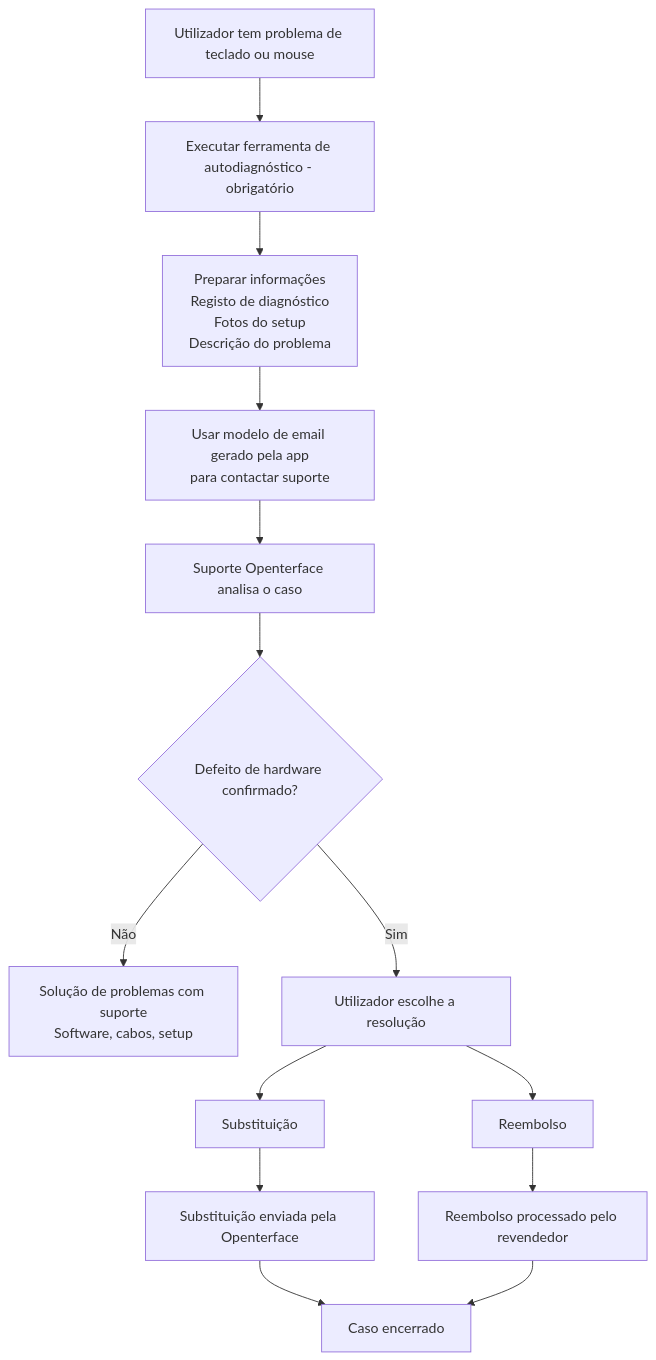
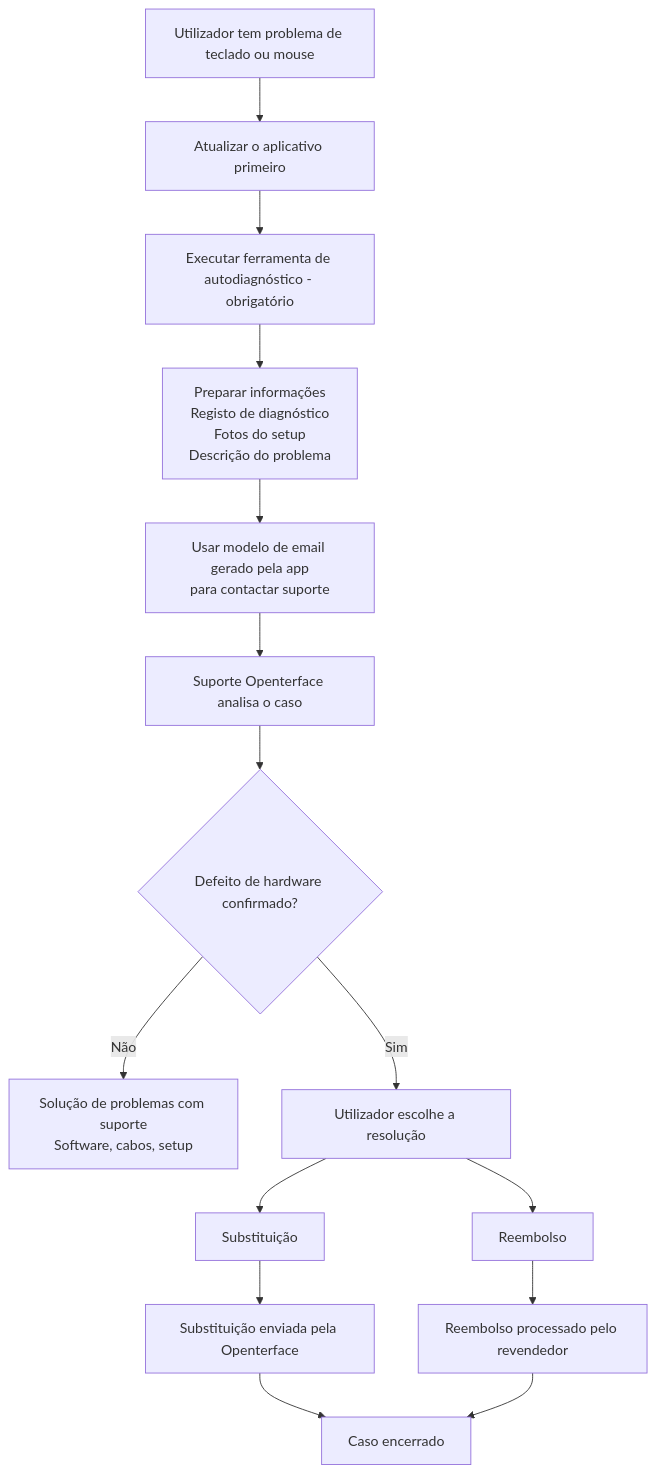
One commit to TechxArtisanStudio/Openterface changed the diagram in docs/product/minikvm/support/mini-kvm-troubleshooting-and-support.pt.md. Above: the diagram before and after it, drawn with Mermaid. The commit also changed other lines of this file and 29 other files, not shown here.

````diff
--- a/docs/product/minikvm/support/mini-kvm-troubleshooting-and-support.pt.md
+++ b/docs/product/minikvm/support/mini-kvm-troubleshooting-and-support.pt.md
@@ -39,21 +39,22 @@
 ```mermaid
 flowchart TD
-    U[Utilizador tem problema de teclado ou mouse] --> D[Executar ferramenta de autodiagnóstico - obrigatório]
+    U[Utilizador tem problema de teclado ou mouse] --> A[Atualizar o aplicativo primeiro]
+    A --> D[Executar ferramenta de autodiagnóstico - obrigatório]
 
     D --> P[Preparar informações<br/>Registo de diagnóstico<br/>Fotos do setup<br/>Descrição do problema]
 
     P --> E[Usar modelo de email gerado pela app<br/>para contactar suporte]
 
     E --> S[Suporte Openterface analisa o caso]
 
     S --> R{Defeito de hardware confirmado?}
 
     R -- Não --> F[Solução de problemas com suporte<br/>Software, cabos, setup]
     R -- Sim --> C[Utilizador escolhe a resolução]
 
     C --> Substituição --> REP[Substituição enviada pela Openterface]
     C --> Reembolso --> REF[Reembolso processado pelo revendedor]
 
     REP --> END[Caso encerrado]
     REF --> END
 ```
````
